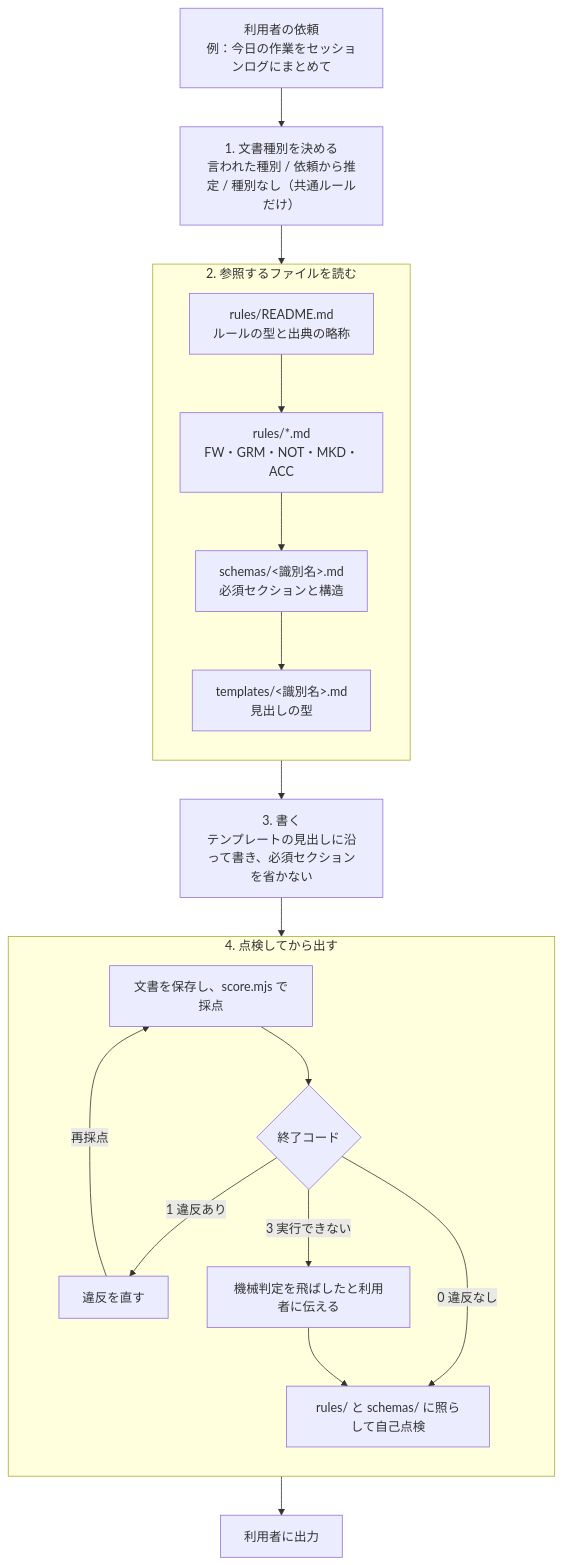
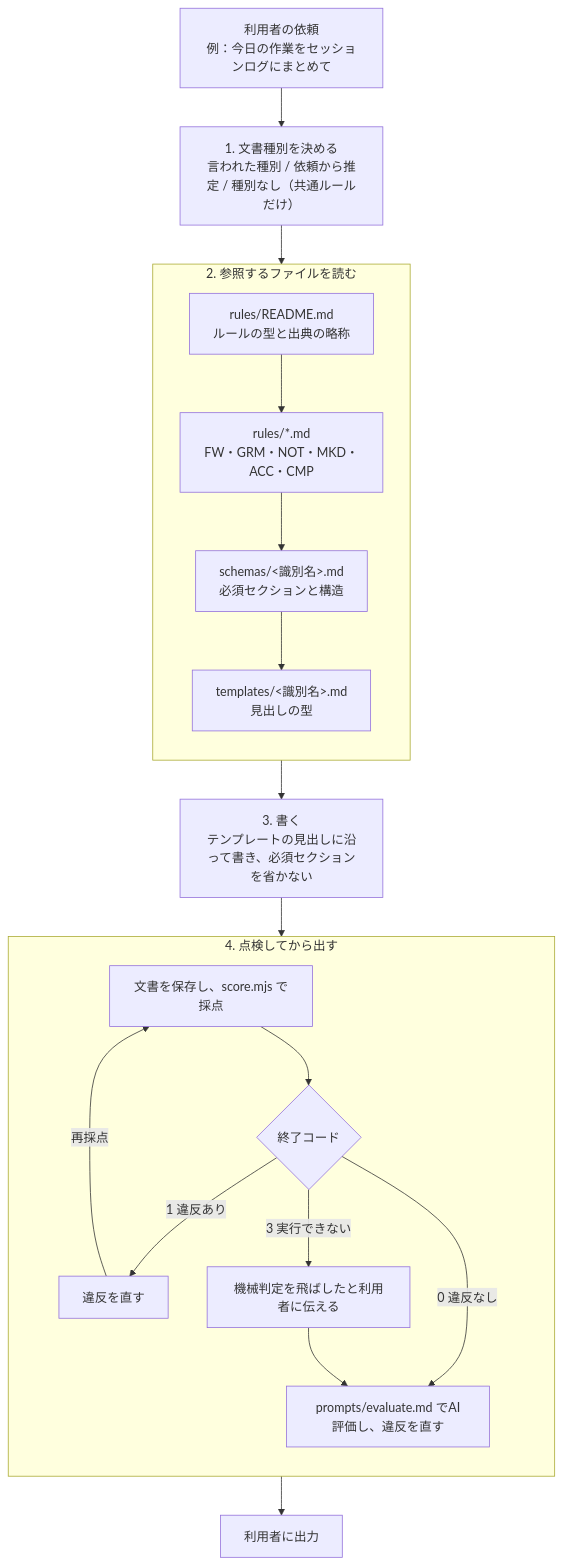
The second of 2 diagrams in docs/architecture.md (knk1313/docs-rules), drawn with Mermaid before and after one commit. The commit also changed 12 other files, not shown here.

````diff
--- a/docs/architecture.md
+++ b/docs/architecture.md
@@ -22,31 +22,31 @@
 ```mermaid
 flowchart TD
     S["利用者の依頼<br>例：今日の作業をセッションログにまとめて"]
     S --> T1["1. 文書種別を決める<br>言われた種別 / 依頼から推定 / 種別なし（共通ルールだけ）"]
     T1 --> T2
     subgraph T2["2. 参照するファイルを読む"]
         direction TB
         R0["rules/README.md<br>ルールの型と出典の略称"]
-        R1["rules/*.md<br>FW・GRM・NOT・MKD・ACC"]
+        R1["rules/*.md<br>FW・GRM・NOT・MKD・ACC・CMP"]
         R2["schemas/&lt;識別名&gt;.md<br>必須セクションと構造"]
         R3["templates/&lt;識別名&gt;.md<br>見出しの型"]
         R0 --> R1 --> R2 --> R3
     end
     T2 --> T3["3. 書く<br>テンプレートの見出しに沿って書き、必須セクションを省かない"]
     T3 --> T4
     subgraph T4["4. 点検してから出す"]
         direction TB
         P1["文書を保存し、score.mjs で採点"]
         P2{"終了コード"}
         P3["違反を直す"]
         P4["機械判定を飛ばしたと利用者に伝える"]
-        P5["rules/ と schemas/ に照らして自己点検"]
+        P5["prompts/evaluate.md でAI評価し、違反を直す"]
         P1 --> P2
         P2 -->|1 違反あり| P3
         P3 -->|再採点| P1
         P2 -->|0 違反なし| P5
         P2 -->|3 実行できない| P4
         P4 --> P5
     end
     T4 --> OUT["利用者に出力"]
 ```
````
